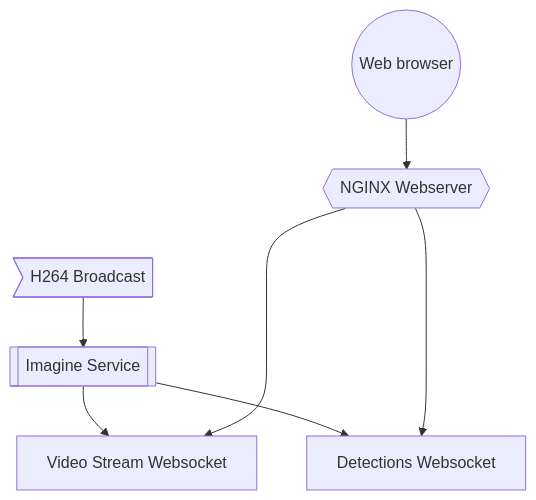
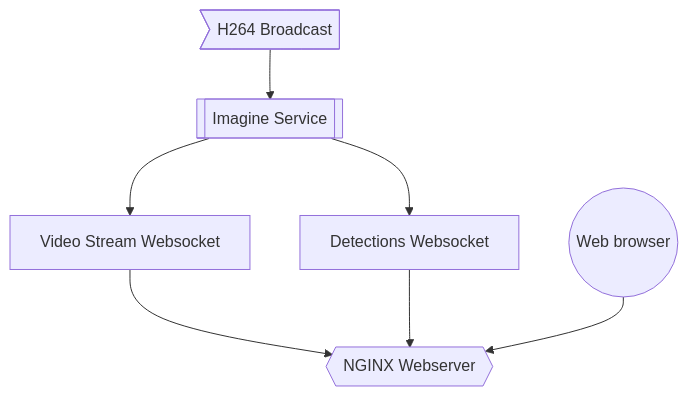
Before and after one commit to stakach/imagine-monitor: the diagram in README.md, drawn with Mermaid.

Commit message:
update graph

````diff
--- a/README.md
+++ b/README.md
@@ -5,9 +5,9 @@
 ```mermaid
 flowchart TD
     B>H264 Broadcast] --> I[[Imagine Service]]
     I --> V[Video Stream Websocket]
     I --> D[Detections Websocket]
-    N{{NGINX Webserver}} ----> V
-    N ----> D
+    V --> N{{NGINX Webserver}}
+    D --> N
     U((Web browser)) --> N
 ```
````
